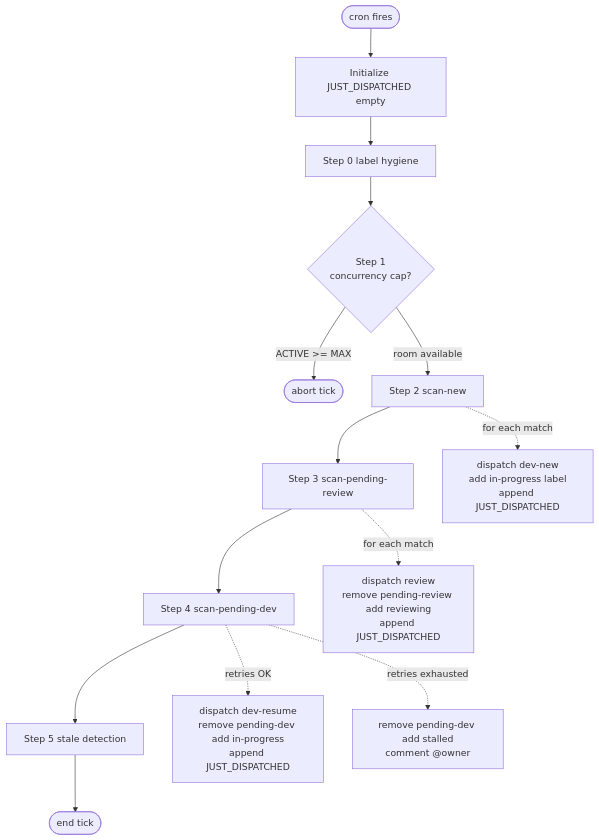
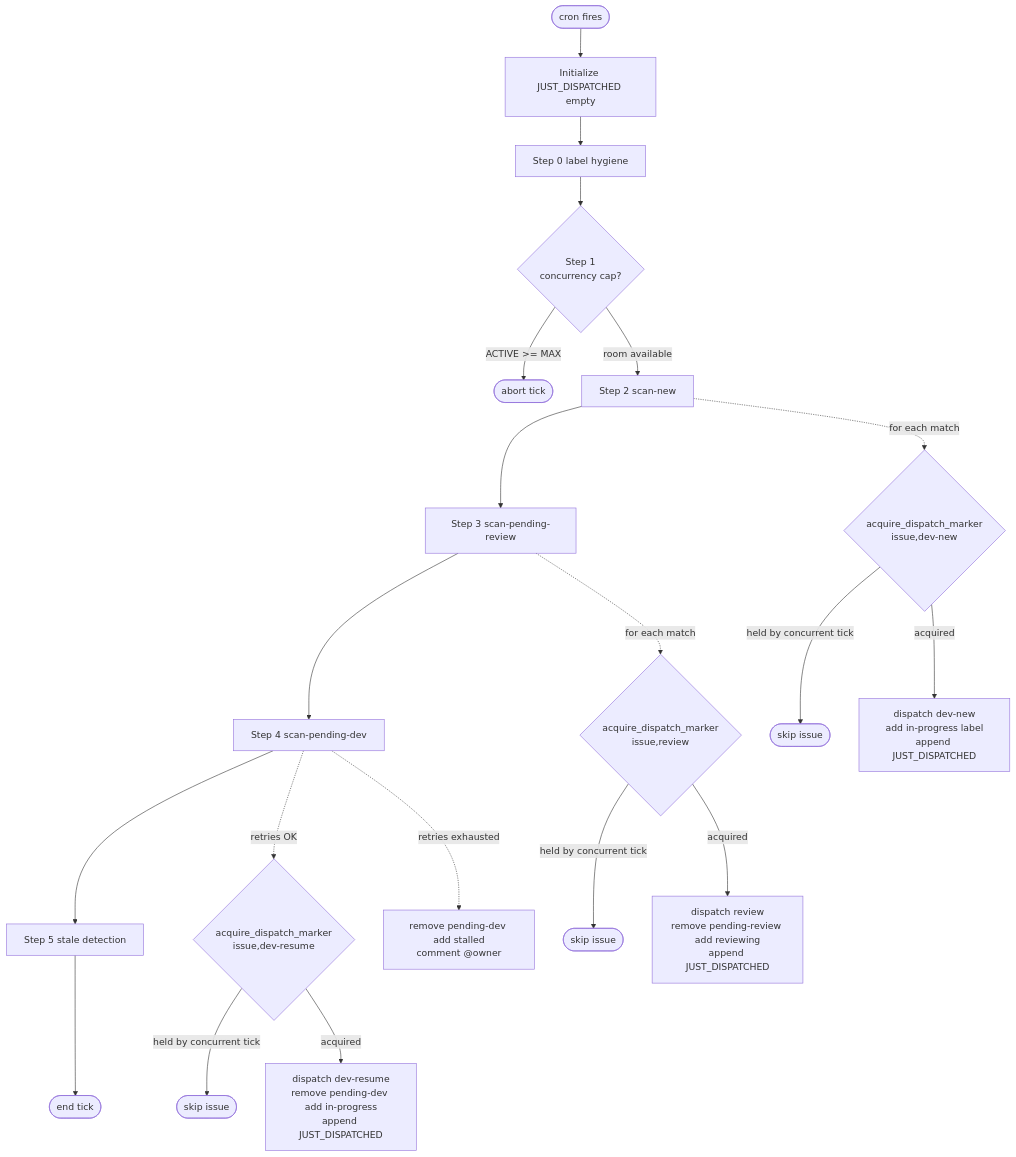
Before and after one commit to zxkane/autonomous-dev-team: the diagram in docs/pipeline/dispatcher-flow.md, drawn with Mermaid. The commit also changed other lines of this file and 8 other files, not shown here.

First line of the commit message:
fix(dispatcher): controller-side per-(issue,mode) dispatch dedup + run-id (302b, INV-106)

````diff
--- a/docs/pipeline/dispatcher-flow.md
+++ b/docs/pipeline/dispatcher-flow.md
@@ -86,17 +86,23 @@
 ```mermaid
 flowchart TD
     start([cron fires]) --> init[Initialize JUST_DISPATCHED empty]
     init --> step0[Step 0 label hygiene]
     step0 --> step1{Step 1<br/>concurrency cap?}
     step1 -- ACTIVE >= MAX --> exit_cap([abort tick])
     step1 -- room available --> step2[Step 2 scan-new]
     step2 --> step3[Step 3 scan-pending-review]
     step3 --> step4[Step 4 scan-pending-dev]
     step4 --> step5[Step 5 stale detection]
     step5 --> done([end tick])
 
-    step2 -. for each match .-> dispatch_dev[dispatch dev-new<br/>add in-progress label<br/>append JUST_DISPATCHED]
-    step3 -. for each match .-> dispatch_review[dispatch review<br/>remove pending-review add reviewing<br/>append JUST_DISPATCHED]
-    step4 -. retries OK .-> dispatch_resume[dispatch dev-resume<br/>remove pending-dev add in-progress<br/>append JUST_DISPATCHED]
+    step2 -. for each match .-> marker2{acquire_dispatch_marker<br/>issue,dev-new}
+    marker2 -- held by concurrent tick --> skip2([skip issue])
+    marker2 -- acquired --> dispatch_dev[dispatch dev-new<br/>add in-progress label<br/>append JUST_DISPATCHED]
+    step3 -. for each match .-> marker3{acquire_dispatch_marker<br/>issue,review}
+    marker3 -- held by concurrent tick --> skip3([skip issue])
+    marker3 -- acquired --> dispatch_review[dispatch review<br/>remove pending-review add reviewing<br/>append JUST_DISPATCHED]
+    step4 -. retries OK .-> marker4{acquire_dispatch_marker<br/>issue,dev-resume}
+    marker4 -- held by concurrent tick --> skip4([skip issue])
+    marker4 -- acquired --> dispatch_resume[dispatch dev-resume<br/>remove pending-dev add in-progress<br/>append JUST_DISPATCHED]
     step4 -. retries exhausted .-> stall[remove pending-dev add stalled<br/>comment @owner]
 ```
````
